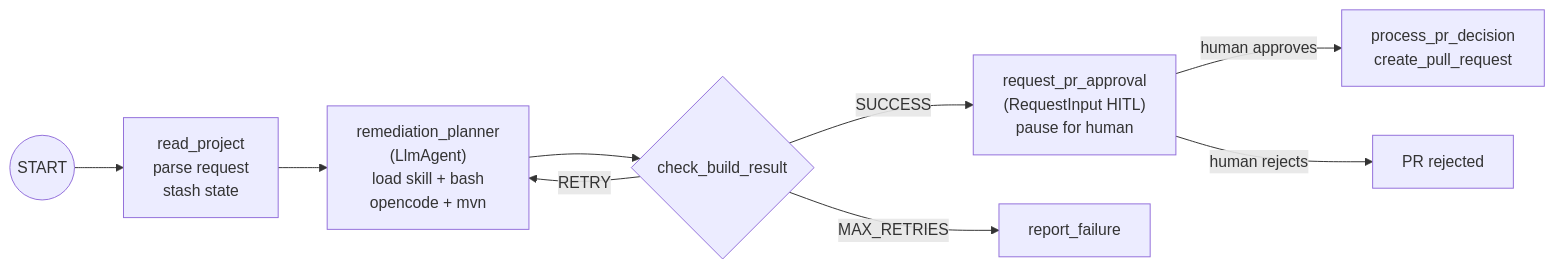
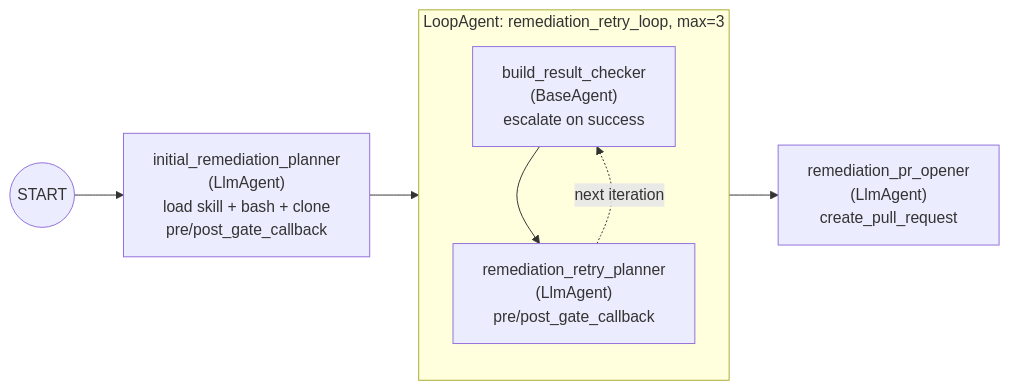
Before and after one commit to rrbanda/lw-agents: the fourth of 13 diagrams in docs/architecture.md, drawn with Mermaid. The commit also changed other lines of this file and 24 other files, not shown here.

First line of the commit message:
Add interactive slide deck for agentic CVE remediation architecture

````diff
--- a/docs/architecture.md
+++ b/docs/architecture.md
@@ -164,13 +184,15 @@
 ```mermaid
 flowchart LR
-    START((START)) --> readProject[read_project\nparse request\nstash state]
-    readProject --> planAgent["remediation_planner\n(LlmAgent)\nload skill + bash\nopencode + mvn"]
-    planAgent --> checkBuild{check_build_result}
+    START((START)) --> initPlan["initial_remediation_planner\n(LlmAgent)\nload skill + bash + clone\npre/post_gate_callback"]
 
-    checkBuild -->|"SUCCESS"| requestApproval["request_pr_approval\n(RequestInput HITL)\npause for human"]
-    checkBuild -->|"RETRY"| planAgent
-    checkBuild -->|"MAX_RETRIES"| reportFail[report_failure]
+    initPlan --> retryLoop
 
-    requestApproval -->|"human approves"| processPR["process_pr_decision\ncreate_pull_request"]
-    requestApproval -->|"human rejects"| rejected[PR rejected]
+    subgraph retryLoop [LoopAgent: remediation_retry_loop, max=3]
+        checker["build_result_checker\n(BaseAgent)\nescalate on success"]
+        retryPlan["remediation_retry_planner\n(LlmAgent)\npre/post_gate_callback"]
+        checker --> retryPlan
+        retryPlan -.->|"next iteration"| checker
+    end
+
+    retryLoop --> prOpener["remediation_pr_opener\n(LlmAgent)\ncreate_pull_request"]
 ```
````
